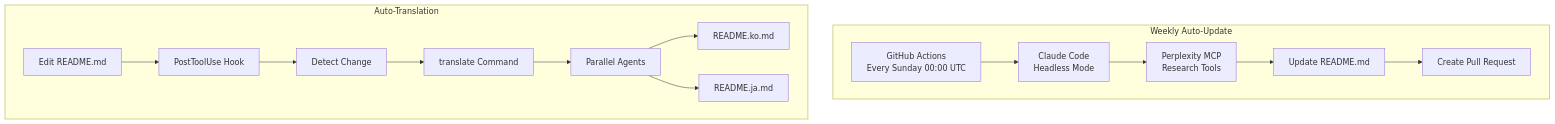
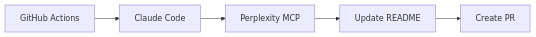
Before and after one commit to roboco-io/awesome-vibecoding: the first of 5 diagrams in docs/automation.md, drawn with Mermaid. The commit also changed other lines of this file, not shown here.

Commit message:
docs: Simplify overview diagrams for better readability
Changed complex vertical subgraph layout to simple horizontal flowcharts
for both Weekly Auto-Update and Auto-Translation diagrams.

🤖 Generated with [Claude Code](https://claude.com/claude-code)

````diff
--- a/docs/automation.md
+++ b/docs/automation.md
@@ -28,18 +29,4 @@
 ```mermaid
-flowchart TB
-    subgraph "Weekly Auto-Update"
-        A[GitHub Actions<br/>Every Sunday 00:00 UTC] --> B[Claude Code<br/>Headless Mode]
-        B --> C[Perplexity MCP<br/>Research Tools]
-        C --> D[Update README.md]
-        D --> E[Create Pull Request]
-    end
-
-    subgraph "Auto-Translation"
-        F[Edit README.md] --> G[PostToolUse Hook]
-        G --> H[Detect Change]
-        H --> I[translate Command]
-        I --> J[Parallel Agents]
-        J --> K[README.ko.md]
-        J --> L[README.ja.md]
-    end
+flowchart LR
+    A[GitHub Actions] --> B[Claude Code] --> C[Perplexity MCP] --> D[Update README] --> E[Create PR]
 ```
````
